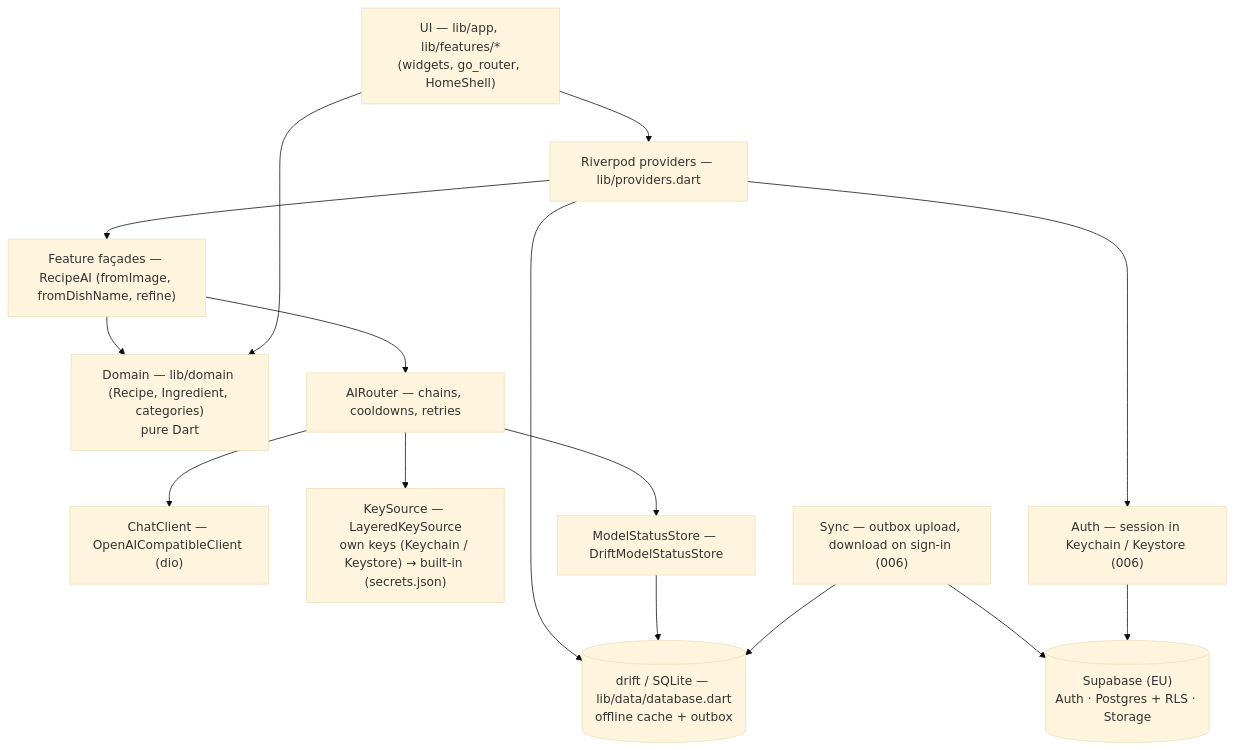
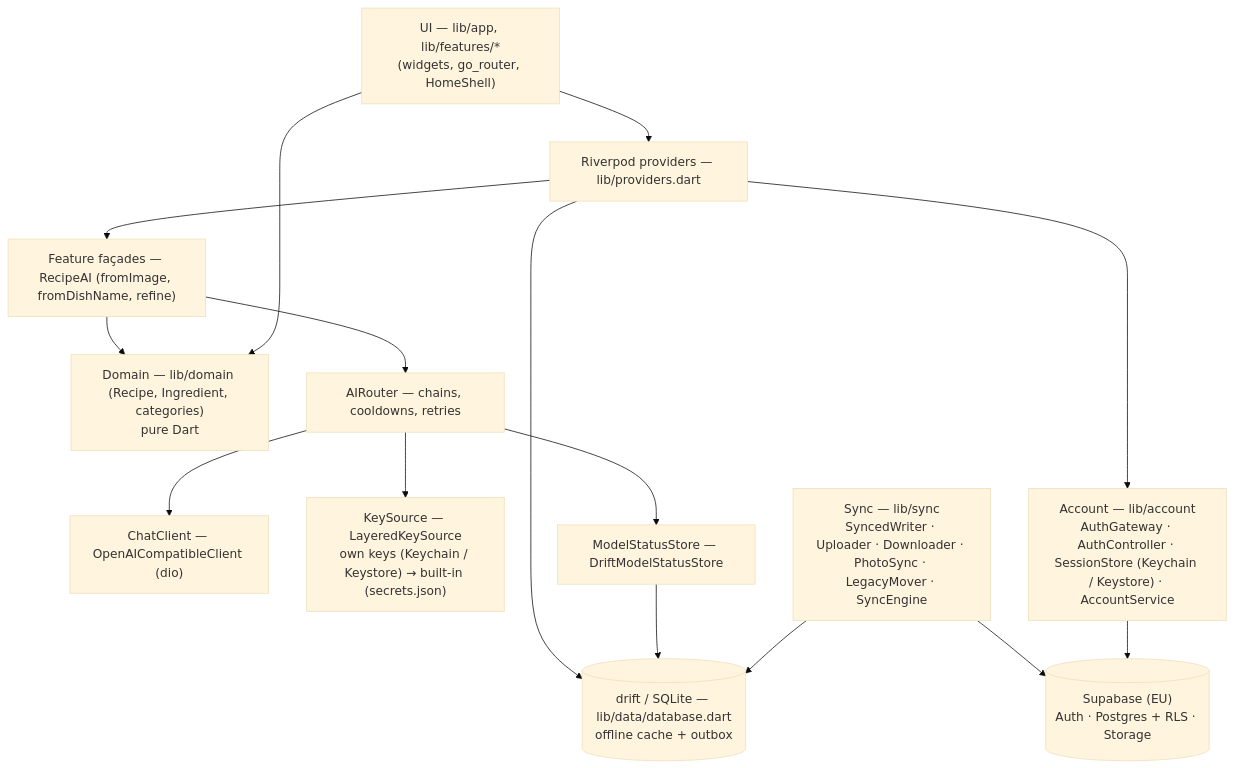
One commit to anjahubac/tavli changed the first of 3 diagrams in docs/architecture.md. Above: the diagram before and after it, drawn with Mermaid (base theme). The commit also changed other lines of this file and 5 other files, not shown here.

First line of the commit message:
docs(006): architecture, roadmap, agent guide and README for accounts

````diff
--- a/docs/architecture.md
+++ b/docs/architecture.md
@@ -11,30 +10,30 @@
 ```mermaid
 flowchart TD
   UI["UI — lib/app, lib/features/*<br/>(widgets, go_router, HomeShell)"]
   P["Riverpod providers — lib/providers.dart"]
   F["Feature façades — RecipeAI (fromImage, fromDishName, refine)"]
   D["Domain — lib/domain (Recipe, Ingredient, categories)<br/>pure Dart"]
   R["AIRouter — chains, cooldowns, retries"]
   C["ChatClient — OpenAICompatibleClient (dio)"]
   K["KeySource — LayeredKeySource<br/>own keys (Keychain / Keystore) → built-in (secrets.json)"]
   S["ModelStatusStore — DriftModelStatusStore"]
   DB[("drift / SQLite — lib/data/database.dart<br/>offline cache + outbox")]
-  SY["Sync — outbox upload, download on sign-in (006)"]
-  AU["Auth — session in Keychain / Keystore (006)"]
+  SY["Sync — lib/sync<br/>SyncedWriter · Uploader · Downloader · PhotoSync · LegacyMover · SyncEngine"]
+  AU["Account — lib/account<br/>AuthGateway · AuthController · SessionStore (Keychain / Keystore) · AccountService"]
   SB[("Supabase (EU)<br/>Auth · Postgres + RLS · Storage")]
 
   UI --> P
   P --> F
   P --> DB
   F --> R
   F --> D
   R --> C
   R --> K
   R --> S
   S --> DB
   UI --> D
   P --> AU
   SY --> DB
   SY --> SB
   AU --> SB
 ```
````
